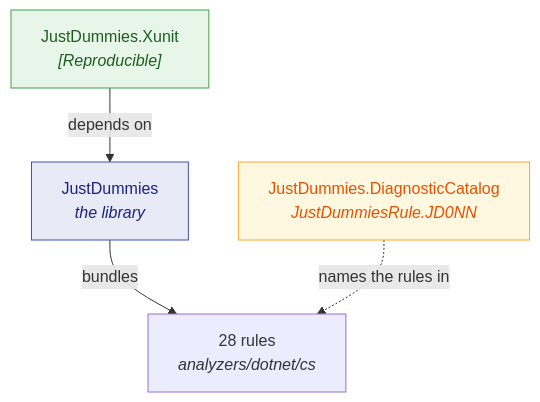
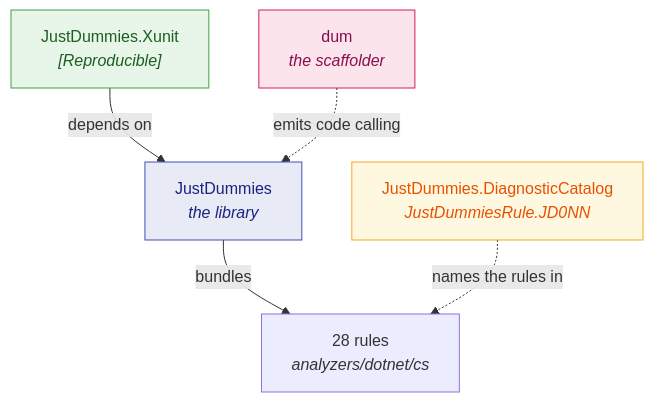
One commit to Reefact/just-dummies changed the diagram in doc/handwritten/for-users/packages/README.md. Above: the diagram before and after it, drawn with Mermaid. The commit also changed other lines of this file and 7 other files, not shown here.

````diff
--- a/doc/handwritten/for-users/packages/README.md
+++ b/doc/handwritten/for-users/packages/README.md
@@ -16,10 +18,12 @@
 ```mermaid
 flowchart TD
     L["JustDummies<br/><i>the library</i>"] -->|"bundles"| A["28 rules<br/><i>analyzers/dotnet/cs</i>"]
     X["JustDummies.Xunit<br/><i>[Reproducible]</i>"] -->|"depends on"| L
     C["JustDummies.DiagnosticCatalog<br/><i>JustDummiesRule.JD0NN</i>"]
     C -.->|"names the rules in"| A
+    D["dum<br/><i>the scaffolder</i>"] -.->|"emits code calling"| L
     style L fill:#e8eaf6,stroke:#3f51b5,color:#1a237e
     style X fill:#e8f5e9,stroke:#43a047,color:#1b5e20
     style C fill:#fff8e1,stroke:#f9a825,color:#e65100
+    style D fill:#fce4ec,stroke:#d81b60,color:#880e4f
 ```
````
